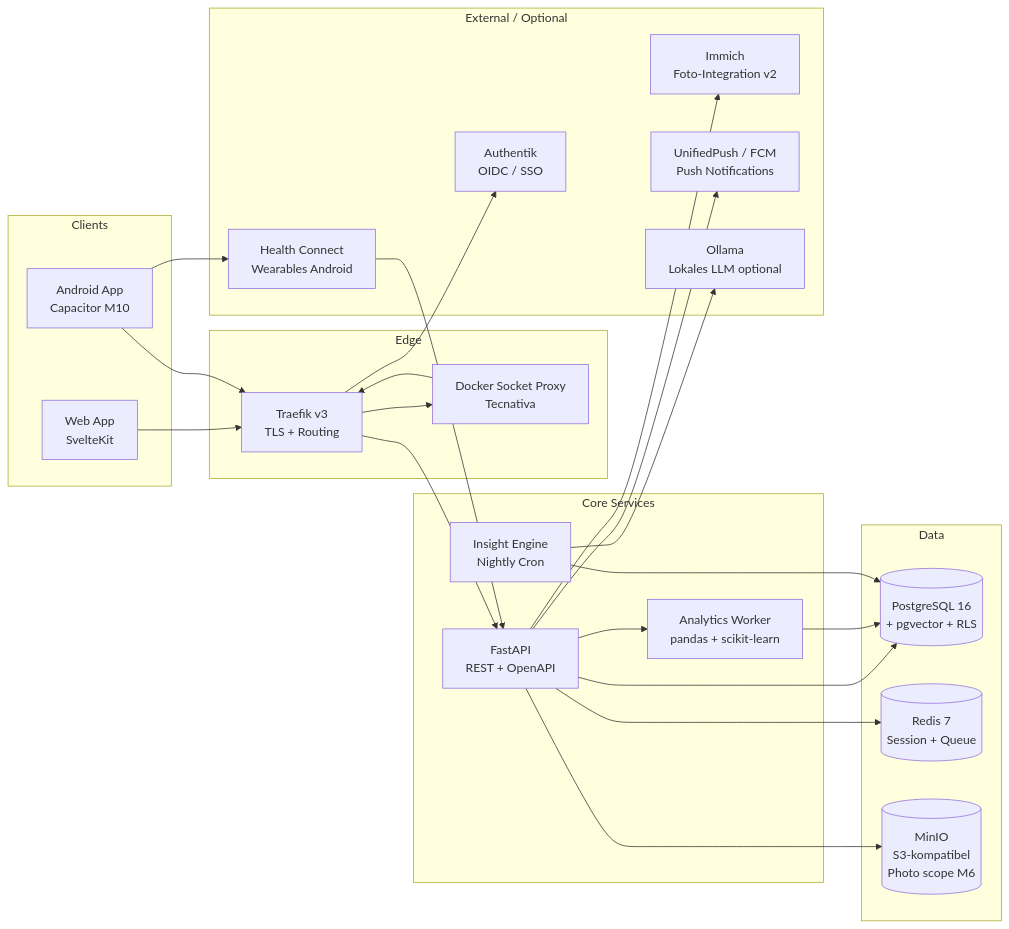
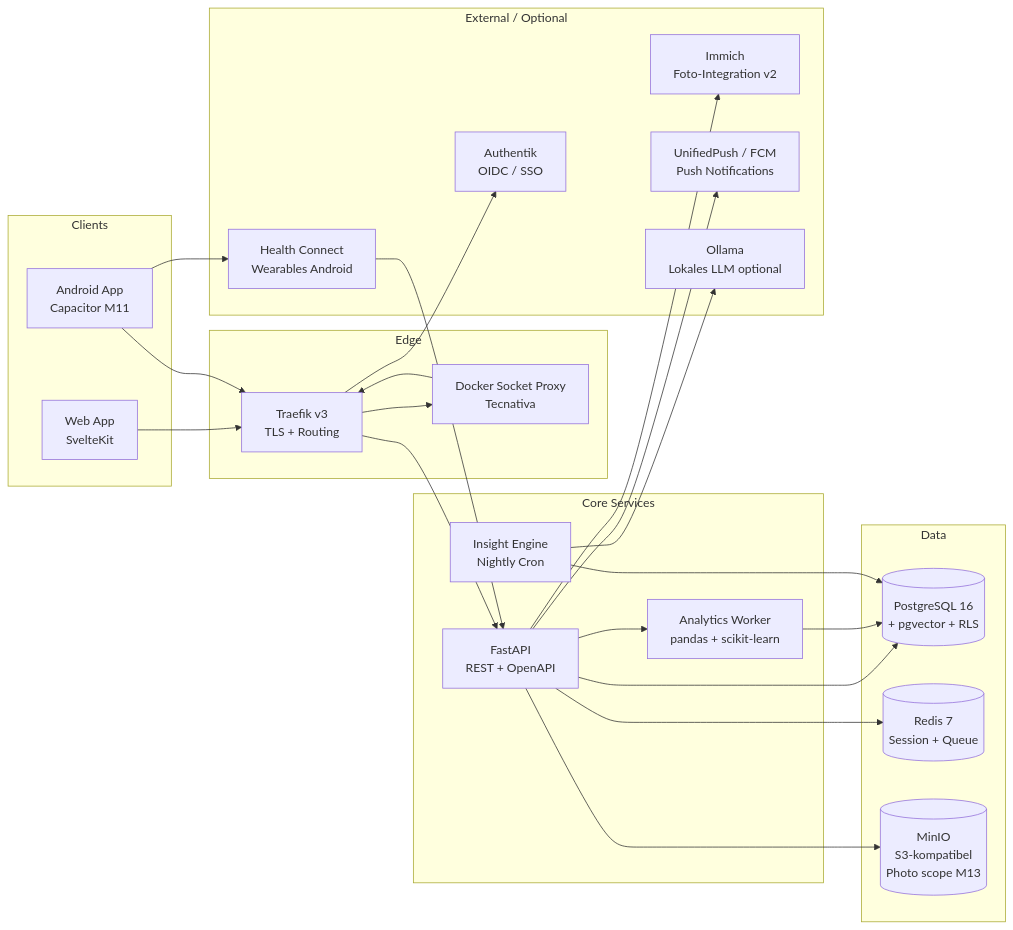
One commit to Sturmi77/correlcore changed the diagram in docs/ARCHITECTURE.md. Above: the diagram before and after it, drawn with Mermaid. The commit also changed other lines of this file and 39 other files, not shown here.

First line of the commit message:
docs: sync roadmap with main, defer photos to M13, swap M7/M8

````diff
--- a/docs/ARCHITECTURE.md
+++ b/docs/ARCHITECTURE.md
@@ -22,50 +22,50 @@
 ```mermaid
 flowchart LR
   subgraph Clients
     PWA[Web App\nSvelteKit]
-    AND[Android App\nCapacitor M10]
+    AND[Android App\nCapacitor M11]
   end
 
   subgraph Edge
     TRAEFIK[Traefik v3\nTLS + Routing]
     DSP[Docker Socket Proxy\nTecnativa]
   end
 
   subgraph Core["Core Services"]
     API[FastAPI\nREST + OpenAPI]
     WRK[Analytics Worker\npandas + scikit-learn]
     INS[Insight Engine\nNightly Cron]
   end
 
   subgraph Data
     PG[(PostgreSQL 16\n+ pgvector + RLS)]
     RED[(Redis 7\nSession + Queue)]
-    MIN[(MinIO\nS3-kompatibel\nPhoto scope M6)]
+    MIN[(MinIO\nS3-kompatibel\nPhoto scope M13)]
   end
 
   subgraph External["External / Optional"]
     AUTH[Authentik\nOIDC / SSO]
     IMM[Immich\nFoto-Integration v2]
     HC[Health Connect\nWearables Android]
     NTFY[UnifiedPush / FCM\nPush Notifications]
     LLM[Ollama\nLokales LLM optional]
   end
 
   PWA-->TRAEFIK
   AND-->TRAEFIK
   TRAEFIK-->API
   TRAEFIK-->AUTH
   TRAEFIK-->DSP
   DSP-->TRAEFIK
   API-->PG
   API-->RED
   API-->MIN
   WRK-->PG
   INS-->PG
   INS-->LLM
   API-->WRK
   AND-->HC
   HC-->API
   API-->IMM
   API-->NTFY
 ```
````
